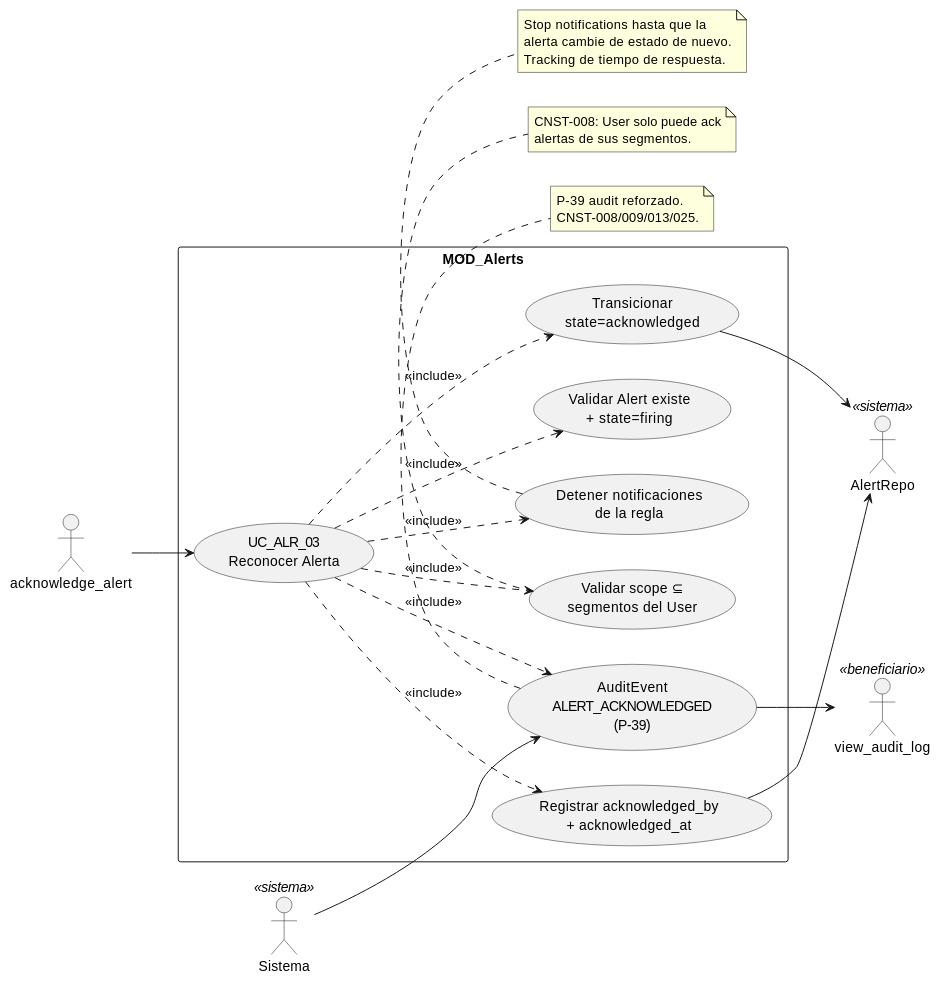
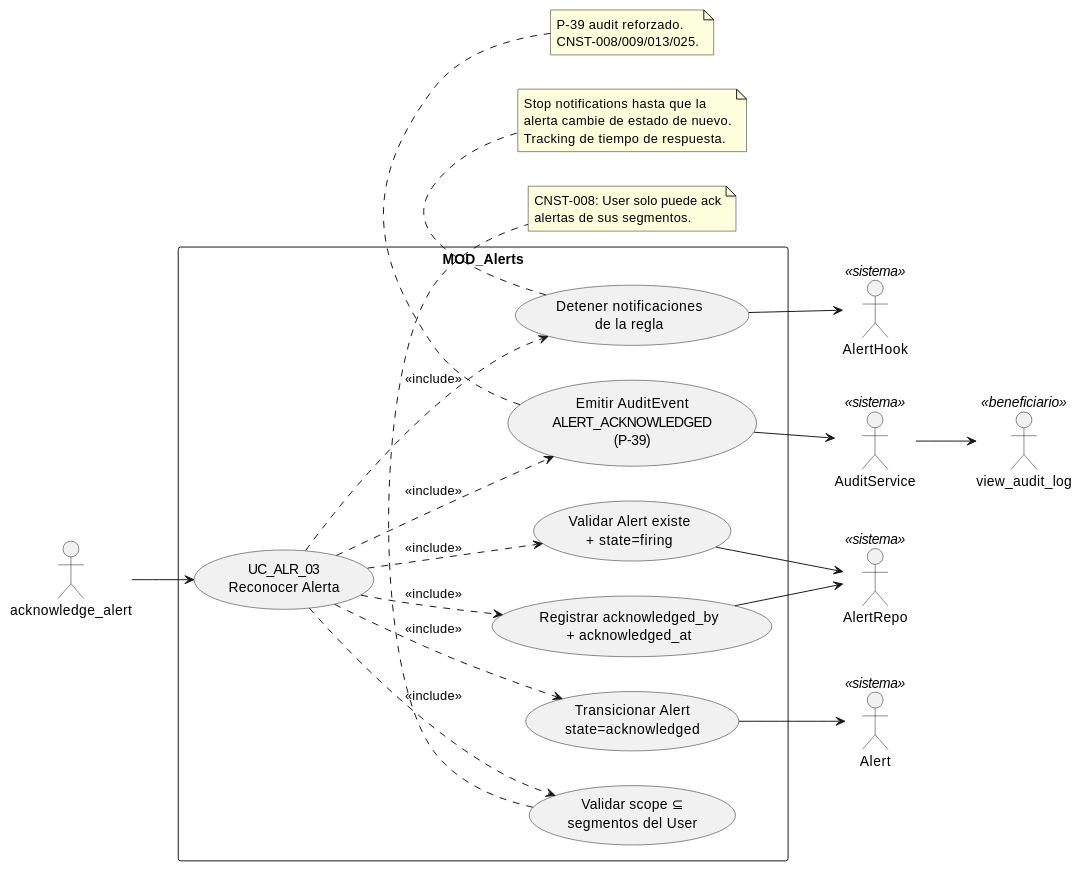
The diagram in source/requisitos/casos-uso/alerts/uc-alr-03/diagramas-uml/diagrama-de-caso-de-uso.rst (jcg-admin/IACT-docs), drawn with PlantUML before and after one commit. The commit also changed other lines of this file and 52 other files, not shown here.

```diff
--- a/source/requisitos/casos-uso/alerts/uc-alr-03/diagramas-uml/diagrama-de-caso-de-uso.rst
+++ b/source/requisitos/casos-uso/alerts/uc-alr-03/diagramas-uml/diagrama-de-caso-de-uso.rst
@@ -4,52 +4,56 @@
 .. uml::
  :caption: UC_ALR_03 — actores y casos asociados
 
  @startuml
 
  left to right direction
 
  actor "acknowledge_alert" as INVOKER
- actor "AlertRepo" as REPO <<sistema>>
+ actor "AlertRepo" as AR <<sistema>>
+ actor "Alert" as A <<sistema>>
+ actor "AlertHook" as AH <<sistema>>
+ actor "AuditService" as AS <<sistema>>
  actor "view_audit_log" as view_audit_log <<beneficiario>>
- actor "Sistema" as Sistema <<sistema>>
 
  rectangle "MOD_Alerts" {
    usecase "UC_ALR_03\nReconocer Alerta" as UC_ALR_03
    usecase "Validar Alert existe\n+ state=firing" as VALIDAR_ALERT
    usecase "Validar scope ⊆\nsegmentos del User" as VALIDAR_SCOPE
-   usecase "Transicionar\nstate=acknowledged" as TRANSICIONAR
+   usecase "Transicionar Alert\nstate=acknowledged" as TRANSICIONAR
    usecase "Registrar acknowledged_by\n+ acknowledged_at" as REGISTRAR
    usecase "Detener notificaciones\nde la regla" as STOP_NOT
-   usecase "AuditEvent\nALERT_ACKNOWLEDGED\n(P-39)" as AUDIT
+   usecase "Emitir AuditEvent\nALERT_ACKNOWLEDGED\n(P-39)" as AUDIT
  }
 
  INVOKER --> UC_ALR_03
  UC_ALR_03 ..> VALIDAR_ALERT : <<include>>
  UC_ALR_03 ..> VALIDAR_SCOPE : <<include>>
  UC_ALR_03 ..> TRANSICIONAR : <<include>>
  UC_ALR_03 ..> REGISTRAR : <<include>>
  UC_ALR_03 ..> STOP_NOT : <<include>>
  UC_ALR_03 ..> AUDIT : <<include>>
 
- TRANSICIONAR --> REPO
- REGISTRAR --> REPO
- Sistema --> AUDIT
- AUDIT --> view_audit_log
+ VALIDAR_ALERT --> AR
+ TRANSICIONAR --> A
+ REGISTRAR --> AR
+ STOP_NOT --> AH
+ AUDIT --> AS
+ AS --> view_audit_log
 
  note bottom of VALIDAR_SCOPE
    CNST-008: User solo puede ack
    alertas de sus segmentos.
  end note
 
  note bottom of STOP_NOT
    Stop notifications hasta que la
    alerta cambie de estado de nuevo.
    Tracking de tiempo de respuesta.
  end note
 
  note bottom of AUDIT
    P-39 audit reforzado.
    CNST-008/009/013/025.
  end note
 
  @enduml
```
